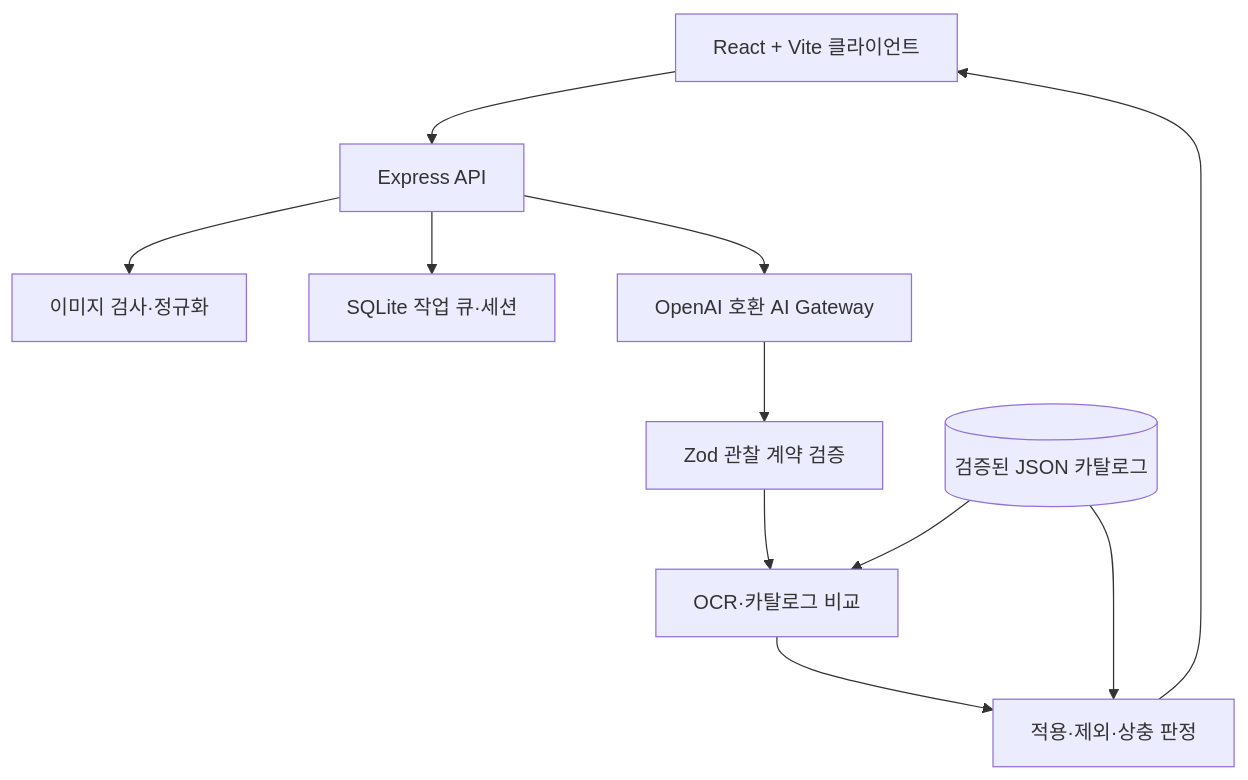
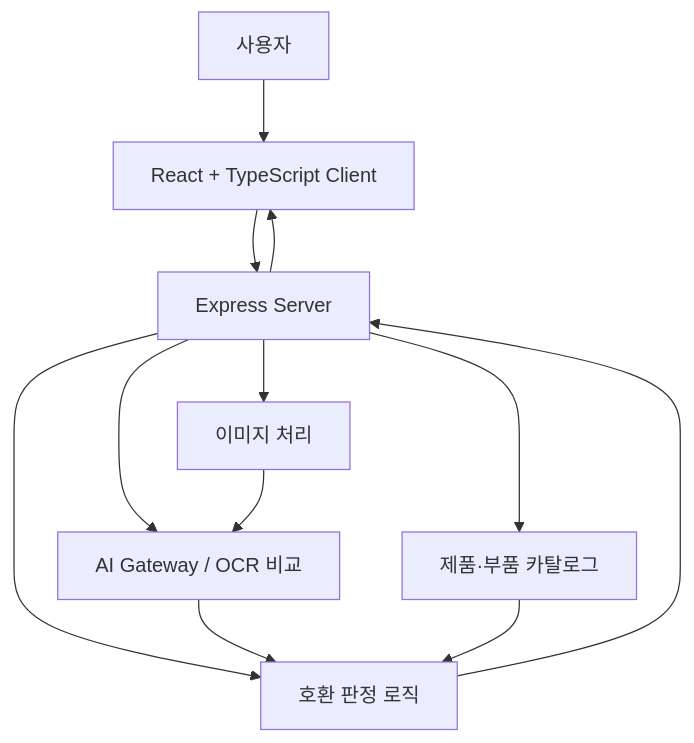
One commit to nxtcloud-edu/2026-kmuct-kt-team07 changed the second of 2 diagrams in README.md. Above: the diagram before and after it, drawn with Mermaid. The commit also changed other lines of this file, not shown here.

````diff
--- a/README.md
+++ b/README.md
@@ -94,13 +124,15 @@
 ```mermaid
 flowchart TB
-    UI[React + Vite 클라이언트] --> API[Express API]
-    API --> IMG[이미지 검사·정규화]
-    API --> JOB[SQLite 작업 큐·세션]
-    API --> AI[OpenAI 호환 AI Gateway]
-    AI --> OBS[Zod 관찰 계약 검증]
-    OBS --> MATCH[OCR·카탈로그 비교]
-    MATCH --> RESOLVE[적용·제외·상충 판정]
-    CATALOG[(검증된 JSON 카탈로그)] --> MATCH
-    CATALOG --> RESOLVE
-    RESOLVE --> UI
+    U[사용자] --> C[React + TypeScript Client]
+    C --> S[Express Server]
+    S --> I[이미지 처리]
+    S --> A[AI Gateway / OCR 비교]
+    S --> D[제품·부품 카탈로그]
+    S --> R[호환 판정 로직]
+
+    I --> A
+    A --> R
+    D --> R
+    R --> S
+    S --> C
 ```
````
